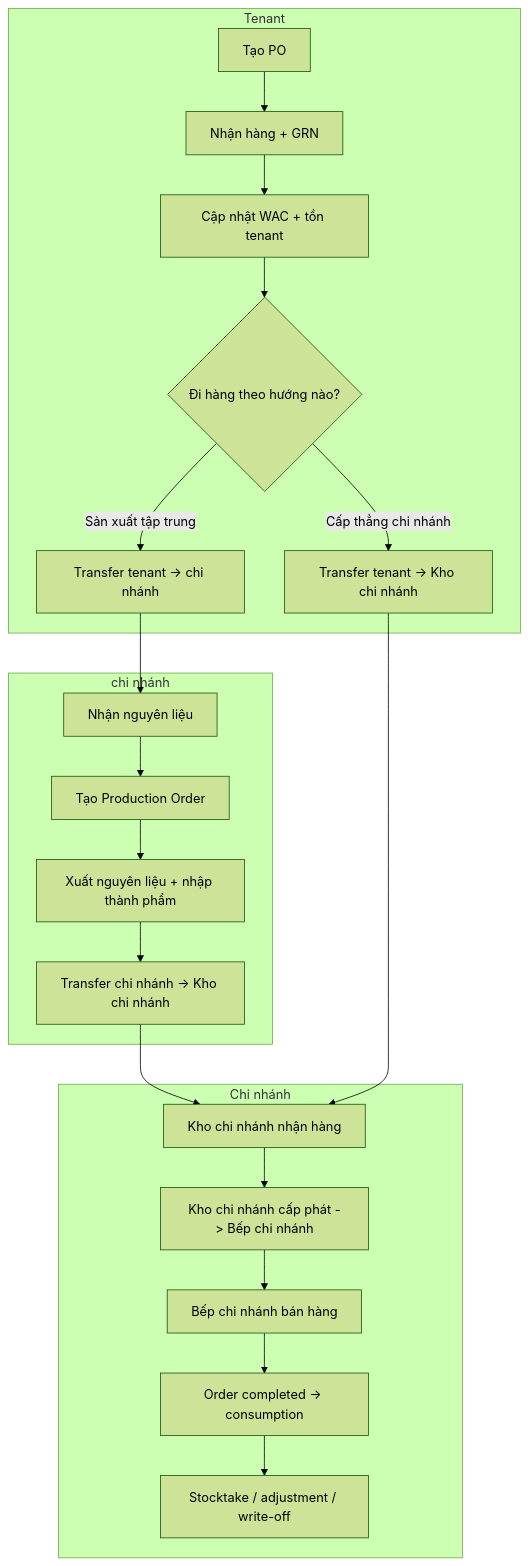
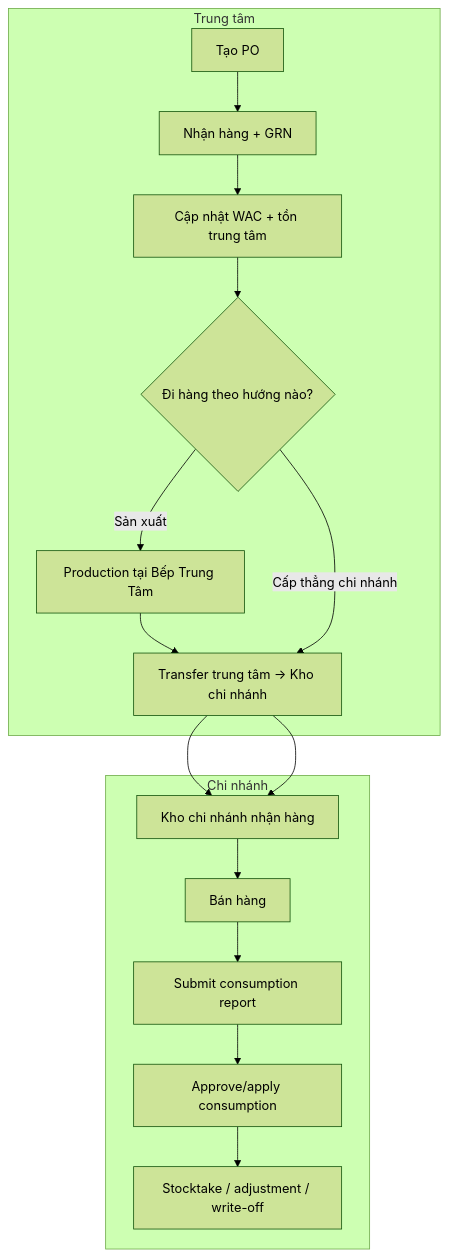
One commit to comtammatu/comtammatu changed the second of 4 diagrams in docs/spec/inventory-overview-diagrams.md. Above: the diagram before and after it, drawn with Mermaid (forest theme). The commit also changed other lines of this file and 51 other files, not shown here.

First line of the commit message:
feat(inventory): rebuild consumption flow and central sites

````diff
--- a/docs/spec/inventory-overview-diagrams.md
+++ b/docs/spec/inventory-overview-diagrams.md
@@ -46,31 +45,24 @@
 ```mermaid
 flowchart TD
-    subgraph tenant["Tenant"]
+    subgraph central["Trung tâm"]
         H1["Tạo PO"]
         H2["Nhận hàng + GRN"]
-        H3["Cập nhật WAC + tồn tenant"]
+        H3["Cập nhật WAC + tồn trung tâm"]
         H4{"Đi hàng theo hướng nào?"}
-        H5["Transfer tenant -> chi nhánh"]
-        H6["Transfer tenant -> Kho chi nhánh"]
-    end
-
-    subgraph chi nhánh["chi nhánh"]
-        C1["Nhận nguyên liệu"]
-        C2["Tạo Production Order"]
-        C3["Xuất nguyên liệu + nhập thành phẩm"]
-        C4["Transfer chi nhánh -> Kho chi nhánh"]
+        H5["Production tại Bếp Trung Tâm"]
+        H6["Transfer trung tâm -> Kho chi nhánh"]
     end
 
     subgraph BR["Chi nhánh"]
         B1["Kho chi nhánh nhận hàng"]
-        B2["Kho chi nhánh cấp phát -> Bếp chi nhánh"]
-        B3["Bếp chi nhánh bán hàng"]
-        B4["Order completed -> consumption"]
+        B2["Bán hàng"]
+        B3["Submit consumption report"]
+        B4["Approve/apply consumption"]
         B5["Stocktake / adjustment / write-off"]
     end
 
     H1 --> H2 --> H3 --> H4
-    H4 -->|"Sản xuất tập trung"| H5 --> C1 --> C2 --> C3 --> C4 --> B1
+    H4 -->|"Sản xuất"| H5 --> H6 --> B1
     H4 -->|"Cấp thẳng chi nhánh"| H6 --> B1
     B1 --> B2 --> B3 --> B4 --> B5
 ```
````
